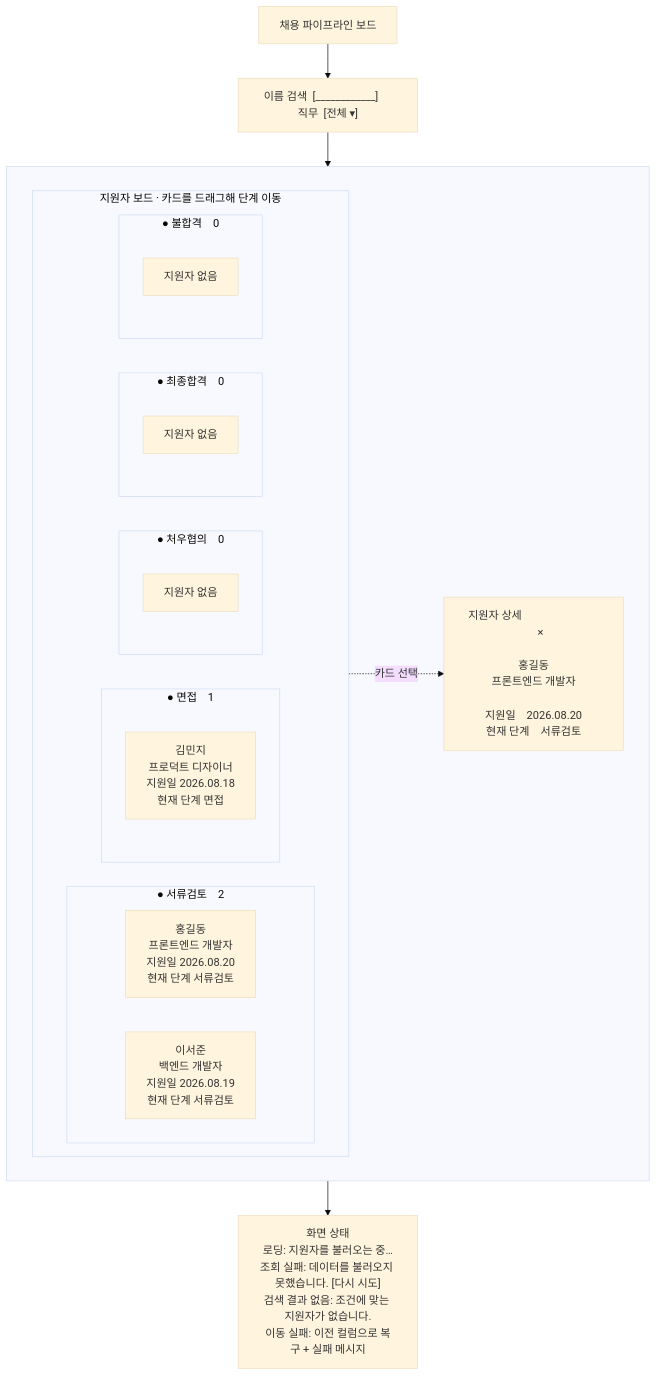
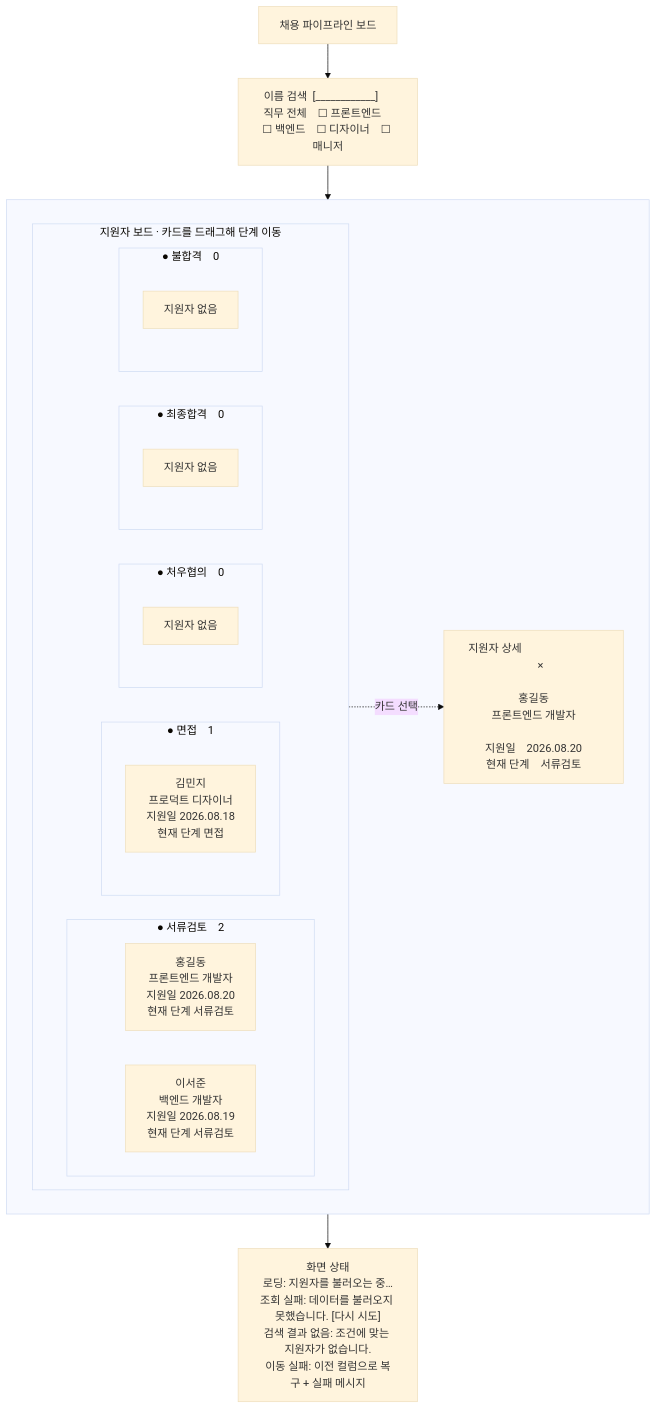
Before and after one commit to icecokel/worxphere-test: the diagram in docs/wireframe.md, drawn with Mermaid (base theme). The commit also changed other lines of this file and 8 other files, not shown here.

````diff
--- a/docs/wireframe.md
+++ b/docs/wireframe.md
@@ -8,42 +8,42 @@
 ```mermaid
 flowchart TB
     header["채용 파이프라인 보드"]
-    filters["이름 검색  [____________]　 직무  [전체 ▾]"]
+    filters["이름 검색  [____________]　 직무 전체　☐ 프론트엔드　☐ 백엔드　☐ 디자이너　☐ 매니저"]
 
     subgraph content[" "]
         direction LR
 
         subgraph board["지원자 보드 · 카드를 드래그해 단계 이동"]
             direction LR
 
             subgraph review["● 서류검토　2"]
                 reviewCard1["홍길동<br/>프론트엔드 개발자<br/>지원일 2026.08.20<br/>현재 단계 서류검토"]
                 reviewCard2["이서준<br/>백엔드 개발자<br/>지원일 2026.08.19<br/>현재 단계 서류검토"]
             end
 
             subgraph interview["● 면접　1"]
                 interviewCard["김민지<br/>프로덕트 디자이너<br/>지원일 2026.08.18<br/>현재 단계 면접"]
             end
 
             subgraph offer["● 처우협의　0"]
                 offerEmpty["지원자 없음"]
             end
 
             subgraph hired["● 최종합격　0"]
                 hiredEmpty["지원자 없음"]
             end
 
             subgraph rejected["● 불합격　0"]
                 rejectedEmpty["지원자 없음"]
             end
         end
 
         detail["지원자 상세　　　　　　　　 ×<br/><br/>홍길동<br/>프론트엔드 개발자<br/><br/>지원일　2026.08.20<br/>현재 단계　서류검토"]
     end
 
     states["화면 상태<br/>로딩: 지원자를 불러오는 중…<br/>조회 실패: 데이터를 불러오지 못했습니다. [다시 시도]<br/>검색 결과 없음: 조건에 맞는 지원자가 없습니다.<br/>이동 실패: 이전 컬럼으로 복구 + 실패 메시지"]
 
     header --> filters --> content
     reviewCard1 -. 카드 선택 .-> detail
     content --> states
 ```
````
